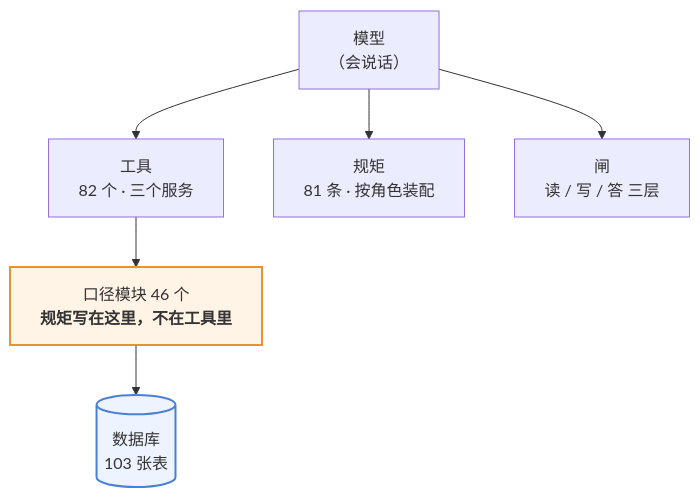
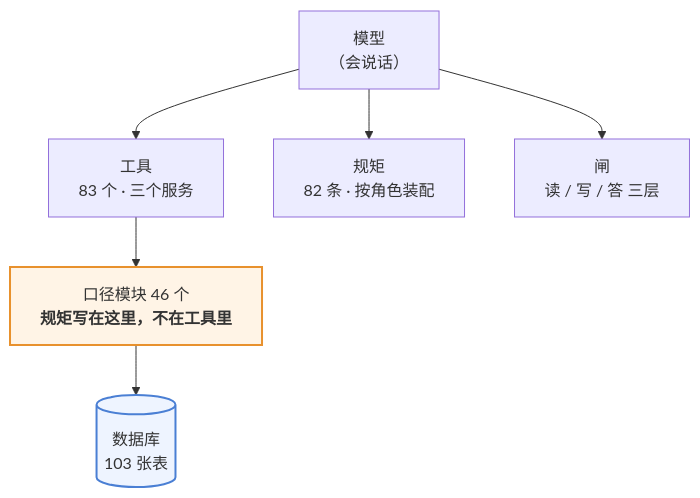
One commit to 843773296-rgb/lanxiu-yunshang-agent changed the first of 3 diagrams in 澜绣云裳agent-产品说明.md. Above: the diagram before and after it, drawn with Mermaid. The commit also changed other lines of this file and 9 other files, not shown here.

````diff
--- a/澜绣云裳agent-产品说明.md
+++ b/澜绣云裳agent-产品说明.md
@@ -62,12 +62,12 @@
 ```mermaid
 flowchart TD
     M["模型<br/>（会说话）"]
-    M --> T["工具<br/>82 个 · 三个服务"]
-    M --> R["规矩<br/>81 条 · 按角色装配"]
+    M --> T["工具<br/>83 个 · 三个服务"]
+    M --> R["规矩<br/>82 条 · 按角色装配"]
     M --> G["闸<br/>读 / 写 / 答 三层"]
     T --> K["口径模块 46 个<br/><b>规矩写在这里，不在工具里</b>"]
     K --> DB[("数据库<br/>103 张表")]
 
     style K fill:#fff4e6,stroke:#e8912d,stroke-width:2px
     style DB fill:#eef4ff,stroke:#4a7fd4,stroke-width:2px
 ```
````
